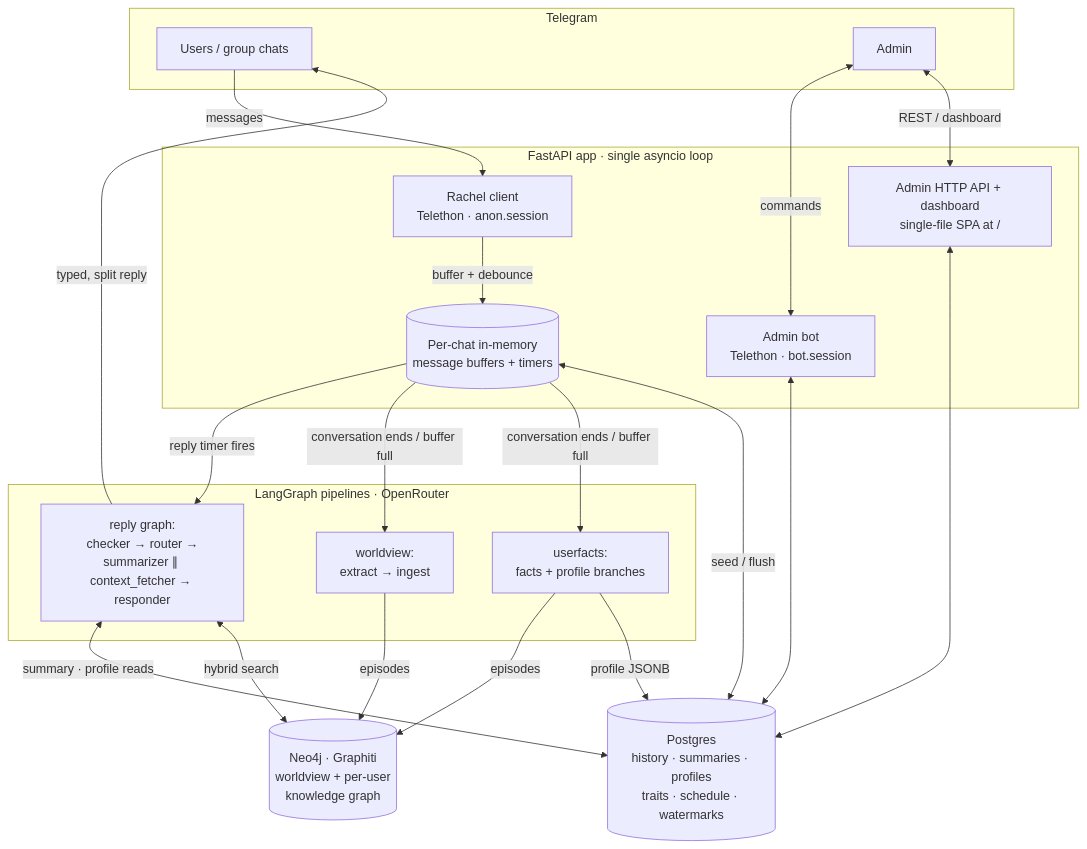
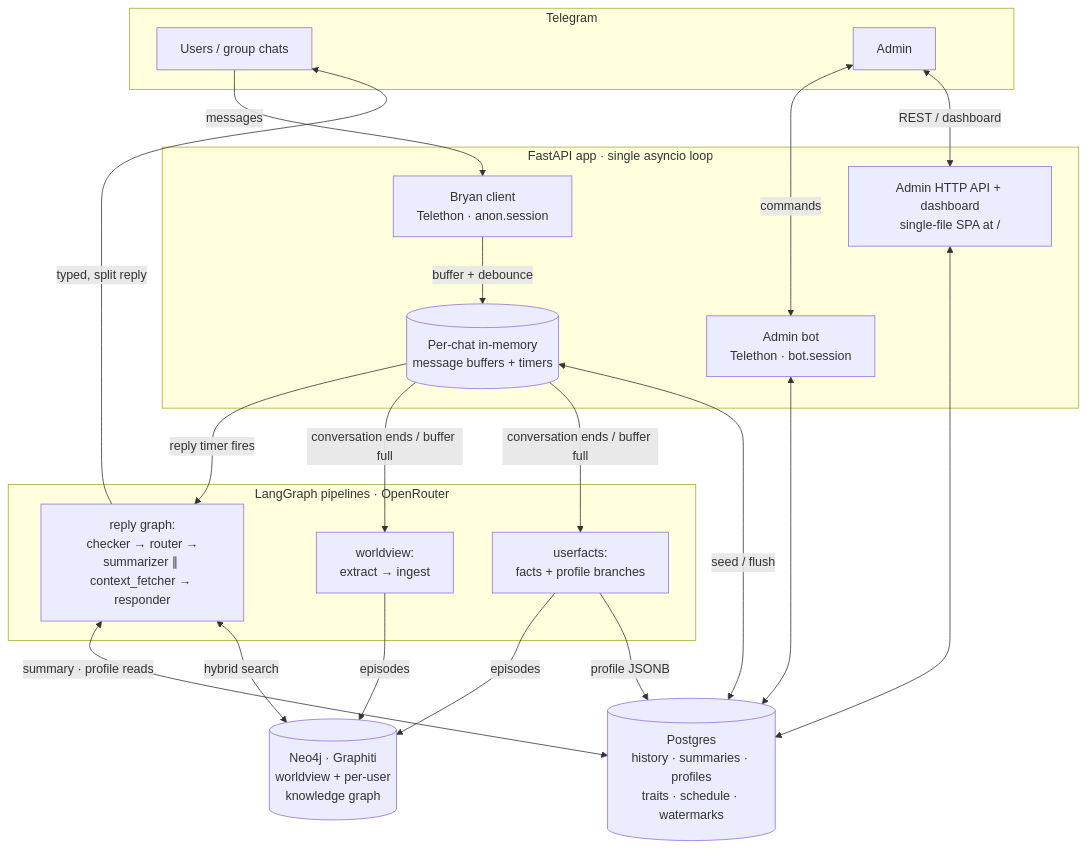
Before and after one commit to GeneralR3d/Rachel: the first of 2 diagrams in README.md, drawn with Mermaid. The commit also changed other lines of this file and 22 other files, not shown here.

````diff
--- a/README.md
+++ b/README.md
@@ -57,40 +57,40 @@
 ```mermaid
 flowchart TB
     subgraph TG[Telegram]
         U[Users / group chats]
         A[Admin]
     end
 
     subgraph APP[FastAPI app · single asyncio loop]
-        RC[Rachel client<br/>Telethon · anon.session]
+        RC[Bryan client<br/>Telethon · anon.session]
         BOT[Admin bot<br/>Telethon · bot.session]
         API[Admin HTTP API + dashboard<br/>single-file SPA at /]
         BUF[(Per-chat in-memory<br/>message buffers + timers)]
     end
 
     subgraph LLM[LangGraph pipelines · OpenRouter]
         REPLY[reply graph:<br/>checker → router →<br/>summarizer ∥ context_fetcher → responder]
         WV[worldview:<br/>extract → ingest]
         UF[userfacts:<br/>facts + profile branches]
     end
 
     DB[(Postgres<br/>history · summaries · profiles<br/>traits · schedule · watermarks)]
     KG[(Neo4j · Graphiti<br/>worldview + per-user<br/>knowledge graph)]
 
     U -->|messages| RC
     RC -->|buffer + debounce| BUF
     BUF -->|reply timer fires| REPLY
     REPLY -->|typed, split reply| U
     BUF -->|conversation ends / buffer full| WV
     BUF -->|conversation ends / buffer full| UF
     REPLY <-->|summary · profile reads| DB
     REPLY <-->|hybrid search| KG
     WV -->|episodes| KG
     UF -->|episodes| KG
     UF -->|profile JSONB| DB
     BUF <-->|seed / flush| DB
     A <-->|commands| BOT
     A <-->|REST / dashboard| API
     BOT <--> DB
     API <--> DB
 ```
````
